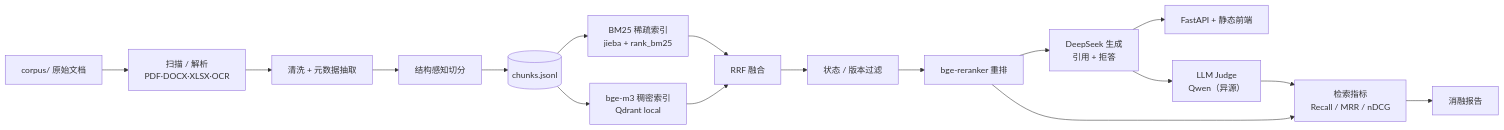
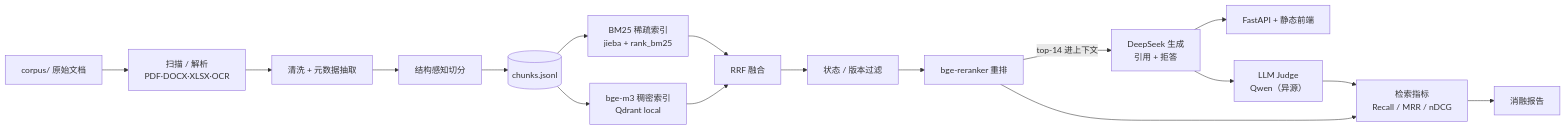
One commit to zyh2250989501/parking-kb-rag changed the diagram in README.md. Above: the diagram before and after it, drawn with Mermaid. The commit also changed other lines of this file and 1 other file, not shown here.

Commit message:
docs: 加 ADR 索引，修正 CI 用例数与架构图的窗口标注
16 条 ADR 之前只能顺读，加一张带锚点的索引表，每条给一句话结论，
两条被否决的方案单独标出来。架构图补上 top-14 这个设计决定，CI 一句
从「169 用例 / 81 秒」更新到当前状态。

````diff
--- a/README.md
+++ b/README.md
@@ -9,19 +9,19 @@
 ```mermaid
 flowchart LR
   A[corpus/ 原始文档] --> B[扫描 / 解析<br/>PDF·DOCX·XLSX·OCR]
   B --> C[清洗 + 元数据抽取]
   C --> D[结构感知切分]
   D --> E[(chunks.jsonl)]
   E --> F[BM25 稀疏索引<br/>jieba + rank_bm25]
   E --> G[bge-m3 稠密索引<br/>Qdrant local]
   F --> H[RRF 融合]
   G --> H
   H --> I[状态 / 版本过滤]
   I --> J[bge-reranker 重排]
-  J --> K[DeepSeek 生成<br/>引用 + 拒答]
+  J -- top-14 进上下文 --> K[DeepSeek 生成<br/>引用 + 拒答]
   K --> L[FastAPI + 静态前端]
   J --> M[检索指标<br/>Recall / MRR / nDCG]
   K --> N[LLM Judge<br/>Qwen（异源）]
   N --> M
   M --> O[消融报告]
 ```
````
